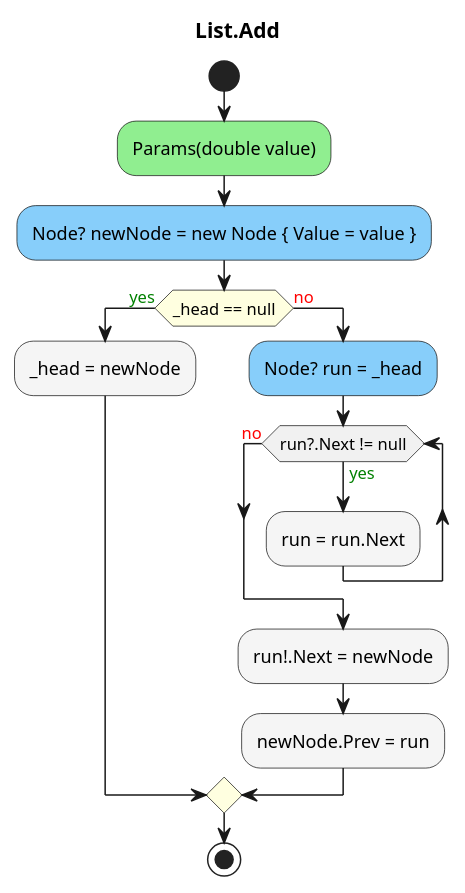
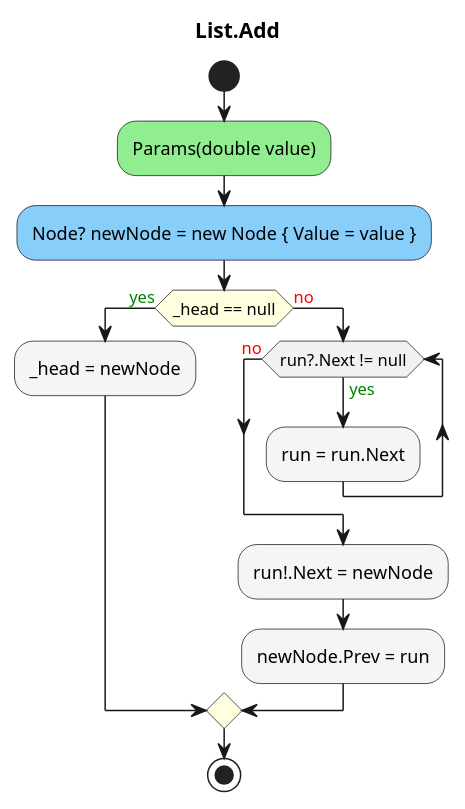
Before and after one commit to leoggehrer/2324-34_ABIF_ACIF_POSE: the diagram in LinkedList.ConApp/diagrams/ac_List_Add.puml, drawn with PlantUML. The commit also changed 57 other files, not shown here.

Commit message:
Added UPNCalculator diagrams and documentation.

```diff
--- a/LinkedList.ConApp/diagrams/ac_List_Add.puml
+++ b/LinkedList.ConApp/diagrams/ac_List_Add.puml
@@ -1,17 +1,16 @@
 @startuml List.Add
 title List.Add
 start
 #LightGreen:Params(double value);
 #LightSkyBlue:Node? newNode = new Node { Value = value };
 #LightYellow:if (_head == null) then (<color:green>yes)
-        #WhiteSmoke:_head = newNode;
-    else (<color:red>no)
-            #LightSkyBlue:Node? run = _head;
-            while (run?.Next != null) is (<color:green>yes)
-                    #WhiteSmoke:run = run.Next;
-            endwhile (<color:red>no)
-            #WhiteSmoke:run!.Next = newNode;
-            #WhiteSmoke:newNode.Prev = run;
+  #WhiteSmoke:_head = newNode;
+  else (<color:red>no)
+    while (run?.Next != null) is (<color:green>yes)
+      #WhiteSmoke:run = run.Next;
+    endwhile (<color:red>no)
+    #WhiteSmoke:run!.Next = newNode;
+    #WhiteSmoke:newNode.Prev = run;
 endif
 stop
 @enduml
```
